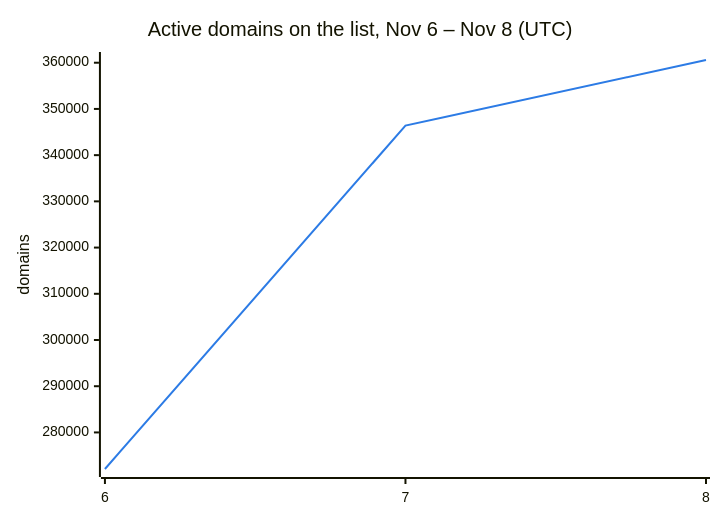
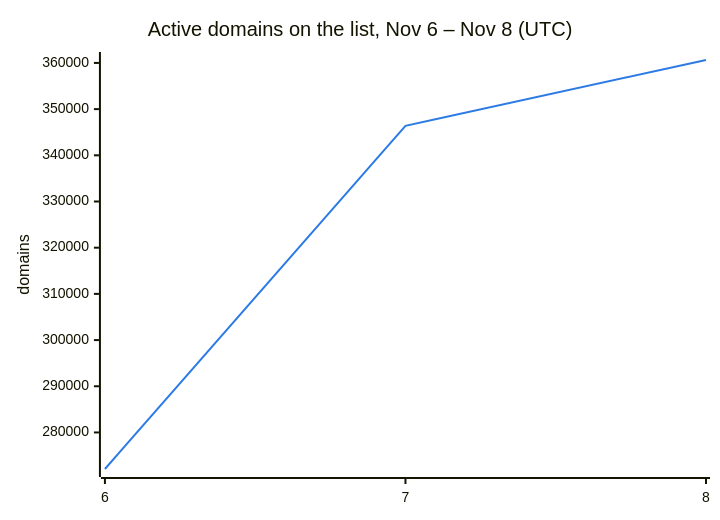
Before and after one commit to DNSBunker/CTI: the second of 3 diagrams in README.md, drawn with Mermaid. The commit also changed other lines of this file and 3 other files, not shown here.

````diff
--- a/README.md
+++ b/README.md
@@ -38,8 +38,8 @@
 ```mermaid
 %%{init: {"themeVariables": {"xyChart": {"plotColorPalette": "#2c7be5"}}}}%%
 xychart-beta
     title "Active domains on the list, Nov 6 – Nov 8 (UTC)"
     x-axis ["6", "7", "8"]
     y-axis "domains"
-    line [272088, 346388, 360588]
+    line [272088, 346388, 360634]
 ```
````
